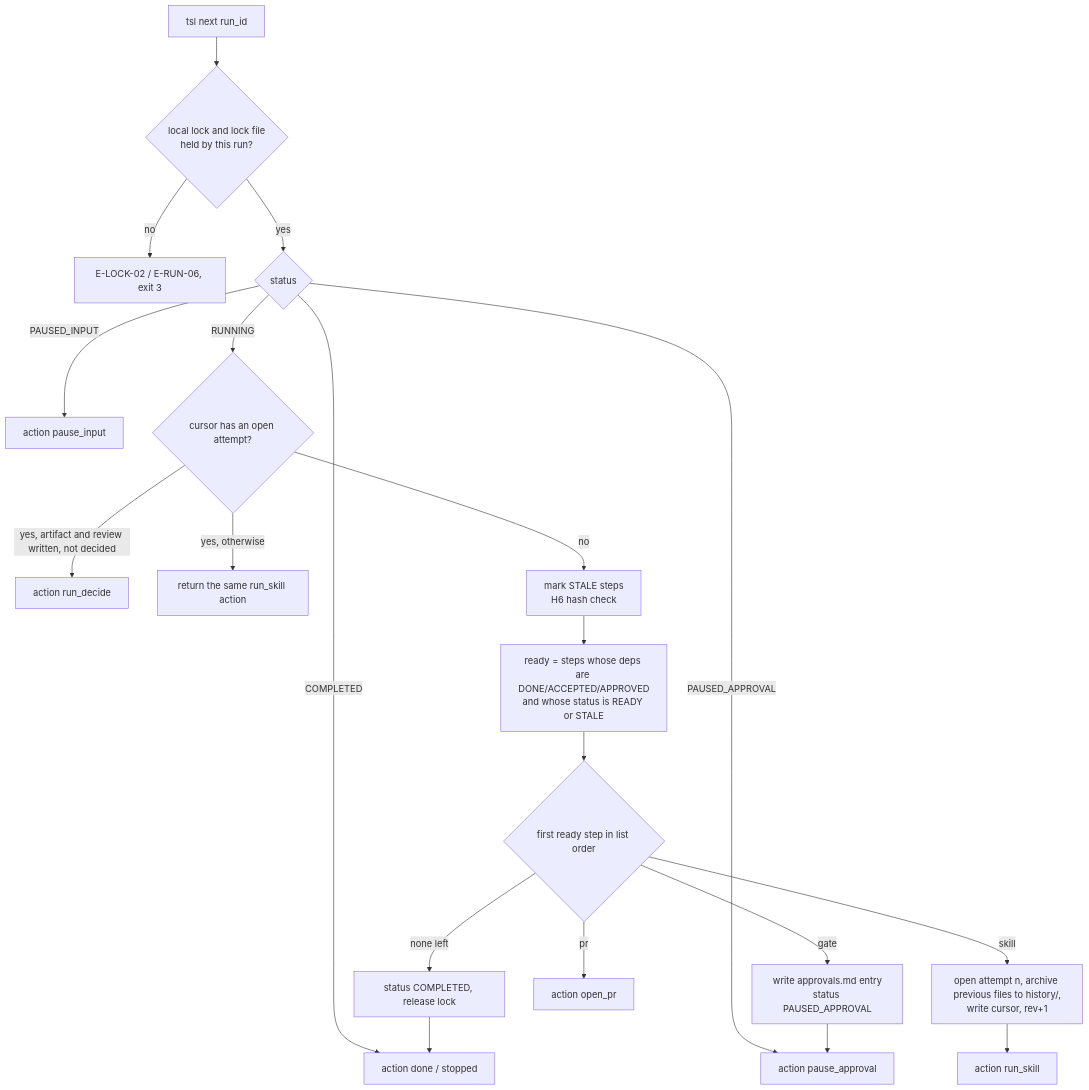
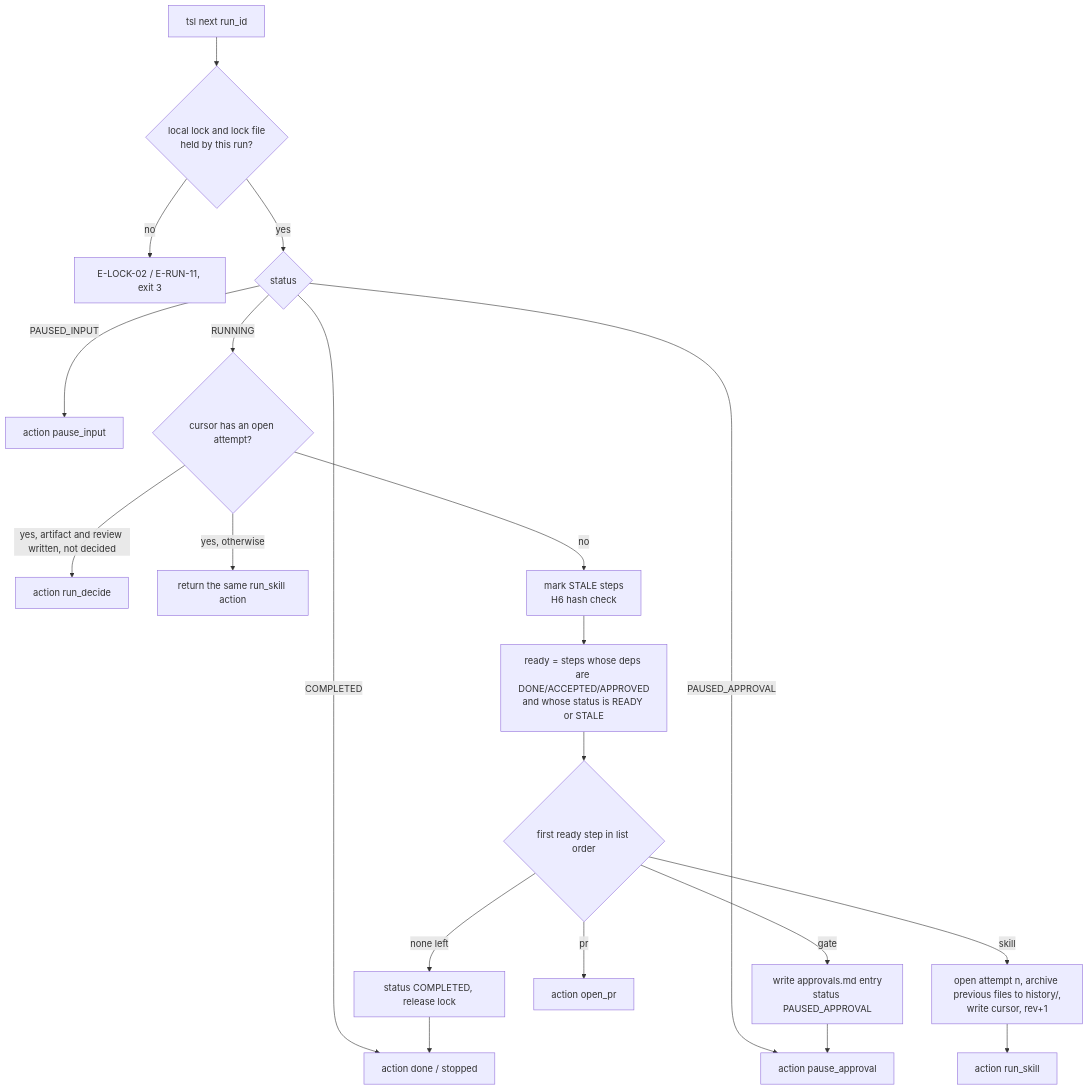
Before and after one commit to puneetsinghnanda/AI-Skill-Library: the fourth of 7 diagrams in docs/design/SDD-02-workflow-orchestration.md, drawn with Mermaid. The commit also changed other lines of this file and 30 other files, not shown here.

````diff
--- a/docs/design/SDD-02-workflow-orchestration.md
+++ b/docs/design/SDD-02-workflow-orchestration.md
@@ -461,19 +463,19 @@
 ```mermaid
 flowchart TD
   A[tsl next run_id] --> L{local lock and lock file\nheld by this run?}
-  L -- no --> X1[E-LOCK-02 / E-RUN-06, exit 3]
+  L -- no --> X1[E-LOCK-02 / E-RUN-11, exit 3]
   L -- yes --> S{status}
   S -- COMPLETED --> D1[action done / stopped]
   S -- PAUSED_INPUT --> P1[action pause_input]
   S -- PAUSED_APPROVAL --> P2[action pause_approval]
   S -- RUNNING --> C{cursor has an open attempt?}
   C -- yes, artifact and review written, not decided --> RD[action run_decide]
   C -- yes, otherwise --> RS1[return the same run_skill action]
   C -- no --> ST[mark STALE steps\nH6 hash check]
   ST --> R[ready = steps whose deps are DONE/ACCEPTED/APPROVED\nand whose status is READY or STALE]
   R --> F{first ready step in list order}
   F -- skill --> O[open attempt n, archive previous files to history/,\nwrite cursor, rev+1] --> RS2[action run_skill]
   F -- gate --> G[write approvals.md entry\nstatus PAUSED_APPROVAL] --> P2
   F -- pr --> PR[action open_pr]
   F -- none left --> E[status COMPLETED, release lock] --> D1
 ```
````
